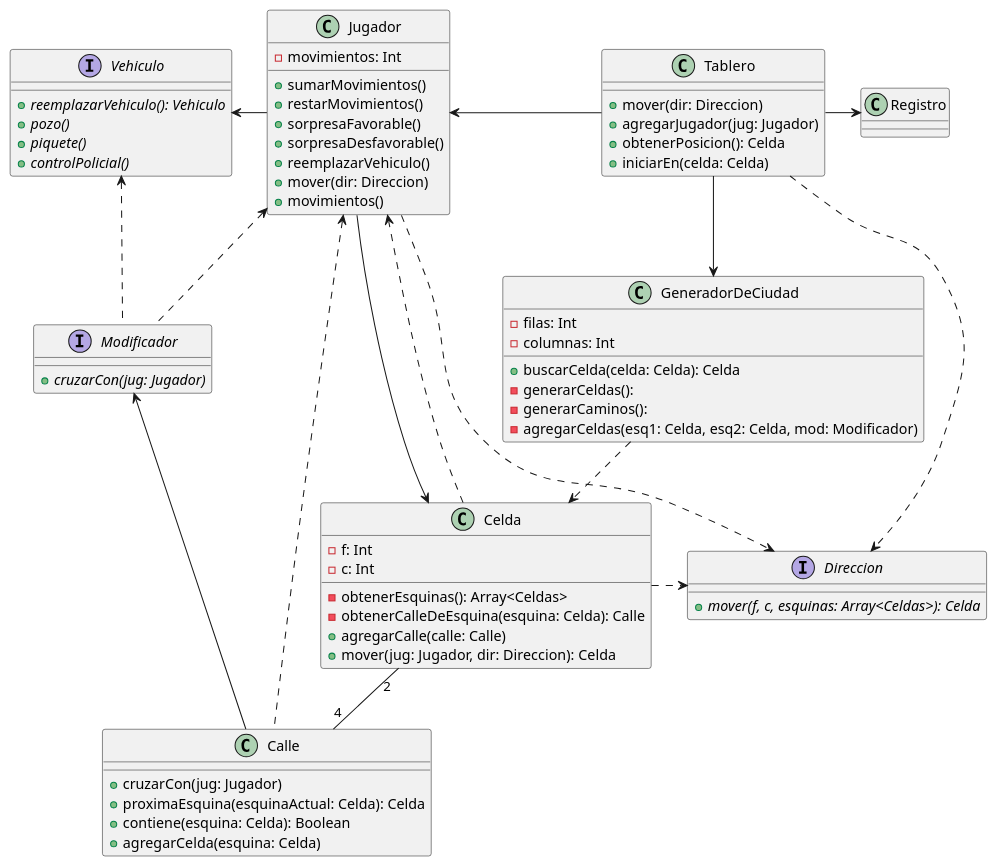
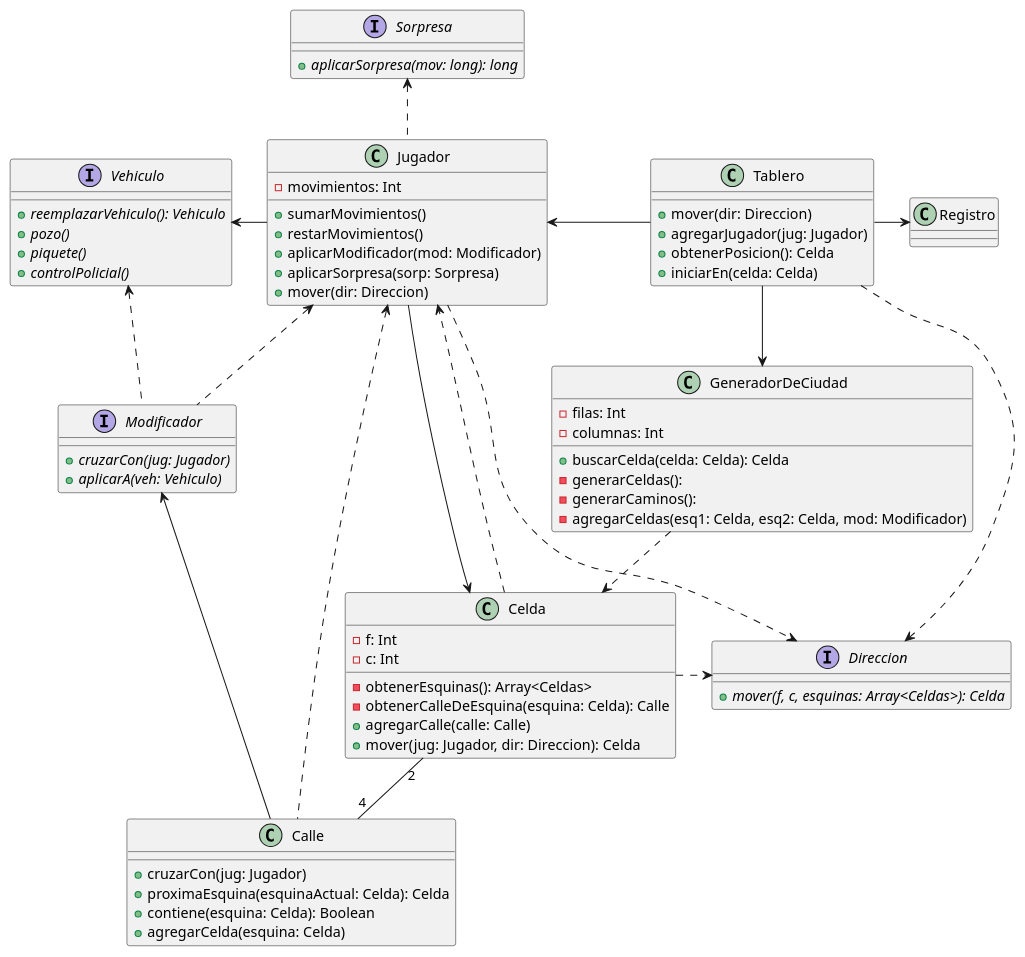
Before and after one commit to tomasayala/algo3_tp2_1C2022: the first of 4 diagrams in diagrams/classes/modelo/modelo.plantuml, drawn with PlantUML. The commit also changed other lines of this file and 6 other files, not shown here.

```diff
--- a/diagrams/classes/modelo/modelo.plantuml
+++ b/diagrams/classes/modelo/modelo.plantuml
@@ -1,83 +1,87 @@
 @startuml modelo-actual
 
 class Tablero {
     + mover(dir: Direccion)
     + agregarJugador(jug: Jugador)
     + obtenerPosicion(): Celda
     + iniciarEn(celda: Celda)
 }
 
 class Jugador {
     - movimientos: Int
 
     + sumarMovimientos()
     + restarMovimientos()
-    + sorpresaFavorable()
-    + sorpresaDesfavorable()
-    + reemplazarVehiculo()
+    + aplicarModificador(mod: Modificador)
+    + aplicarSorpresa(sorp: Sorpresa)
     + mover(dir: Direccion)
-    + movimientos()
 }
 
 class Calle {
     + cruzarCon(jug: Jugador)
     + proximaEsquina(esquinaActual: Celda): Celda
     + contiene(esquina: Celda): Boolean
     + agregarCelda(esquina: Celda)
 }
 
 interface Vehiculo {
     + {abstract} reemplazarVehiculo(): Vehiculo
     + {abstract} pozo()
     + {abstract} piquete()
     + {abstract} controlPolicial()
 }
 
 interface Modificador {
     + {abstract} cruzarCon(jug: Jugador)
+    + {abstract} aplicarA(veh: Vehiculo)
+}
+
+interface Sorpresa {
+    + {abstract} aplicarSorpresa(mov: long): long
 }
 
 class Celda {
     - f: Int
     - c: Int
 
     - obtenerEsquinas(): Array<Celdas>
     - obtenerCalleDeEsquina(esquina: Celda): Calle
     + agregarCalle(calle: Calle)
     + mover(jug: Jugador, dir: Direccion): Celda
 }
 
 class Registro {
 
 }
 
 class GeneradorDeCiudad {
     - filas: Int
     - columnas: Int
     + buscarCelda(celda: Celda): Celda
     - generarCeldas():
     - generarCaminos():
     - agregarCeldas(esq1: Celda, esq2: Celda, mod: Modificador)
 }
 
 interface Direccion {
     + {abstract} mover(f, c, esquinas: Array<Celdas>): Celda
 }
 
+Jugador .up.> Sorpresa
 Tablero -left-> Jugador
 Tablero --> GeneradorDeCiudad
 GeneradorDeCiudad .down.> Celda
 Jugador -left-> Vehiculo
 Jugador --> Celda
 Tablero -right-> Registro
 Calle -left-> Modificador
 Calle .left.> Jugador
 Celda ..> Jugador
 Modificador .left.> Vehiculo
 Celda "2" -- "4" Calle
 Modificador .up.> Jugador
 Tablero ..> Direccion
 Jugador ..> Direccion
 Celda .right.> Direccion
 
 @enduml
```
